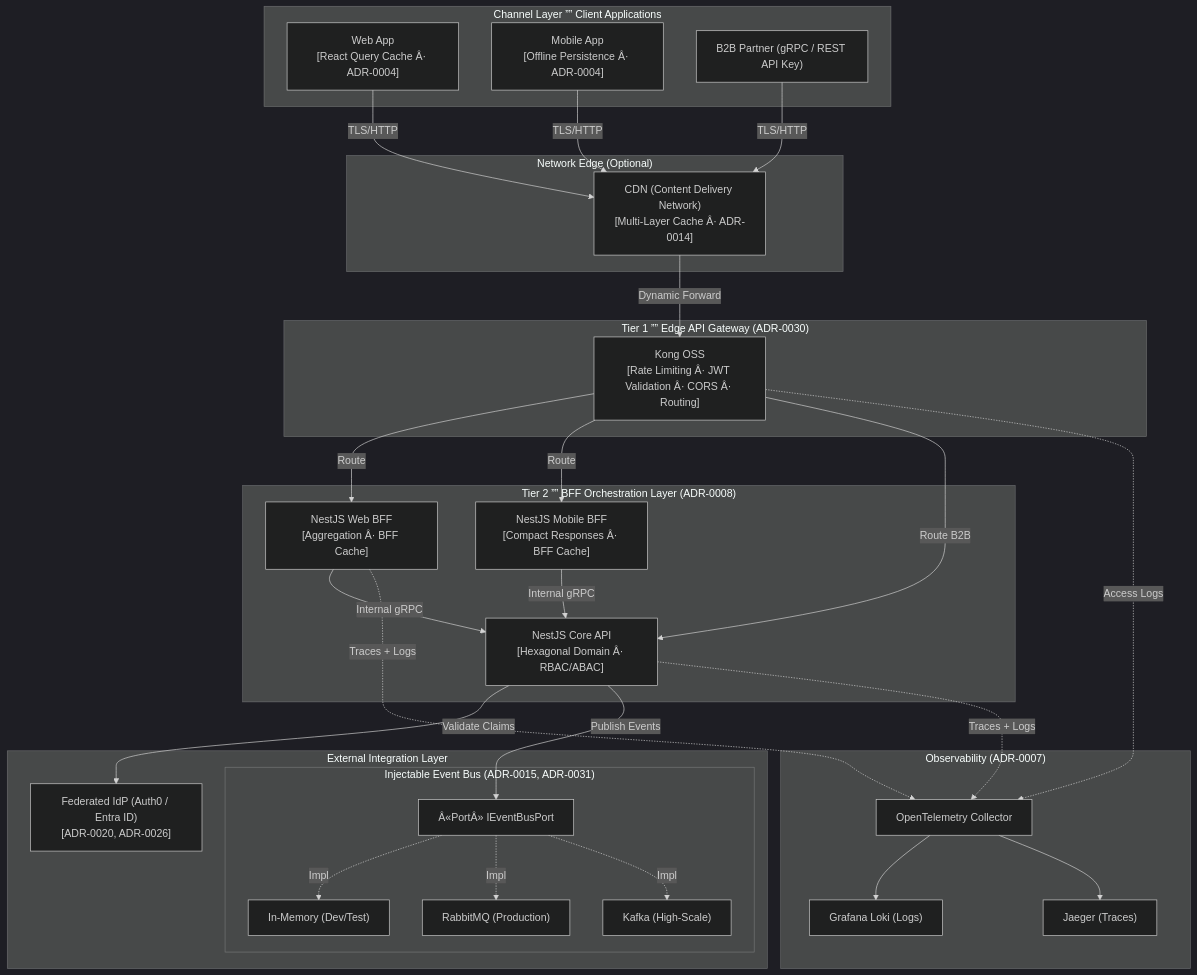
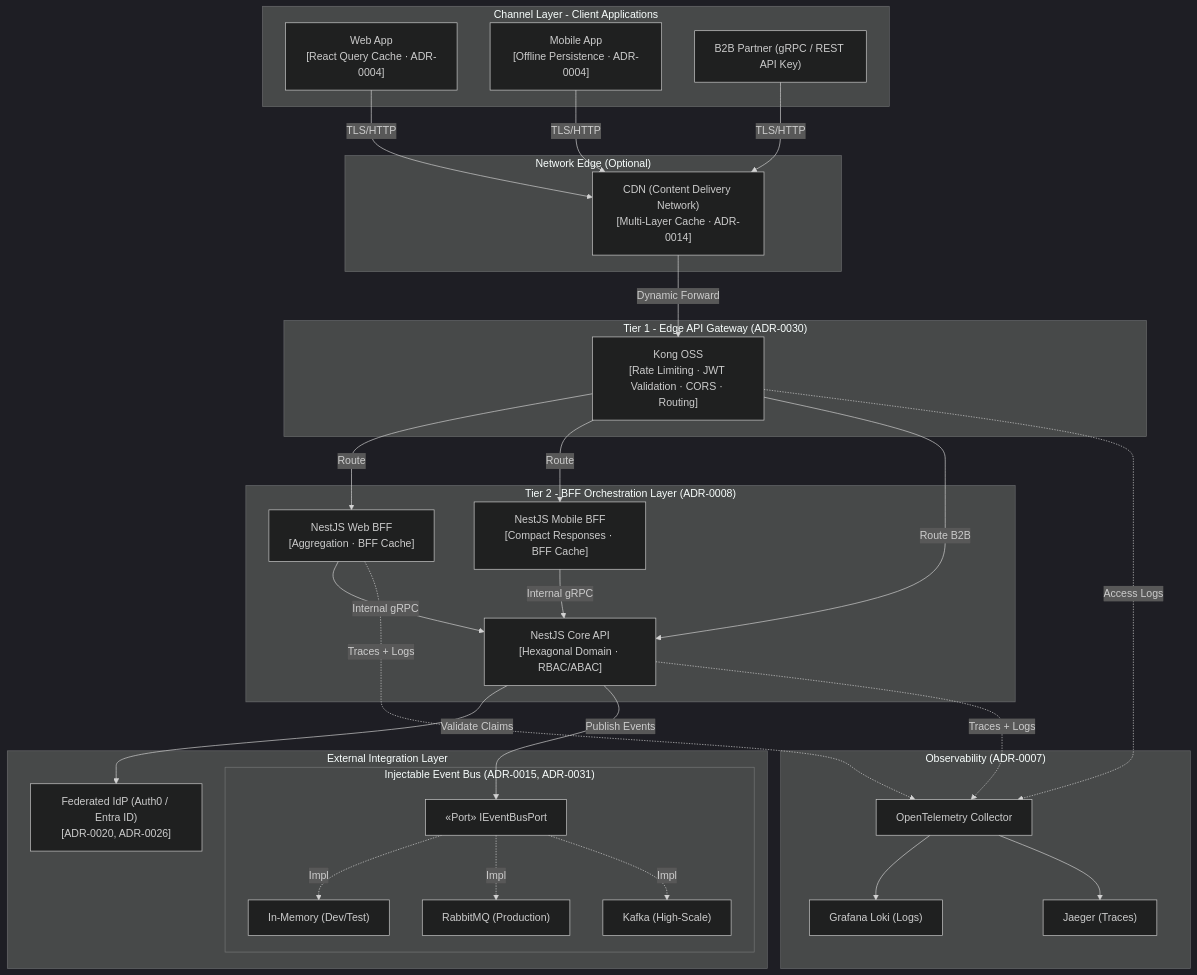
One commit to beyondnetcode/arc32_progresive_monolith changed the first of 6 diagrams in architecture/blueprints/reference-blueprint.md. Above: the diagram before and after it, drawn with Mermaid (dark theme). The commit also changed other lines of this file and 328 other files, not shown here.

Commit message:
chore: update and synchronize governance, architecture, and SDLC documentation across multiple languages

````diff
--- a/architecture/blueprints/reference-blueprint.md
+++ b/architecture/blueprints/reference-blueprint.md
@@ -76,61 +76,61 @@
 ```mermaid
 graph TD
-    subgraph Clients["Channel Layer ”” Client Applications"]
-        WebApp["Web App\n[React Query Cache Â· ADR-0004]"]
-        MobileApp["Mobile App\n[Offline Persistence Â· ADR-0004]"]
-        B2B["B2B Partner (gRPC / REST API Key)"]
-    end
+ subgraph Clients["Channel Layer - Client Applications"]
+ WebApp["Web App\n[React Query Cache · ADR-0004]"]
+ MobileApp["Mobile App\n[Offline Persistence · ADR-0004]"]
+ B2B["B2B Partner (gRPC / REST API Key)"]
+ end
 
-    subgraph NetEdge["Network Edge (Optional)"]
-        CDN["CDN (Content Delivery Network)\n[Multi-Layer Cache Â· ADR-0014]"]
-    end
+ subgraph NetEdge["Network Edge (Optional)"]
+ CDN["CDN (Content Delivery Network)\n[Multi-Layer Cache · ADR-0014]"]
+ end
 
-    subgraph Tier1["Tier 1 ”” Edge API Gateway (ADR-0030)"]
-        Kong["Kong OSS\n[Rate Limiting Â· JWT Validation Â· CORS Â· Routing]"]
-    end
+ subgraph Tier1["Tier 1 - Edge API Gateway (ADR-0030)"]
+ Kong["Kong OSS\n[Rate Limiting · JWT Validation · CORS · Routing]"]
+ end
 
-    subgraph Tier2["Tier 2 ”” BFF Orchestration Layer (ADR-0008)"]
-        WebBFF["NestJS Web BFF\n[Aggregation Â· BFF Cache]"]
-        MobileBFF["NestJS Mobile BFF\n[Compact Responses Â· BFF Cache]"]
-        CoreAPI["NestJS Core API\n[Hexagonal Domain Â· RBAC/ABAC]"]
-    end
+ subgraph Tier2["Tier 2 - BFF Orchestration Layer (ADR-0008)"]
+ WebBFF["NestJS Web BFF\n[Aggregation · BFF Cache]"]
+ MobileBFF["NestJS Mobile BFF\n[Compact Responses · BFF Cache]"]
+ CoreAPI["NestJS Core API\n[Hexagonal Domain · RBAC/ABAC]"]
+ end
 
-    subgraph ExternalIntegrations["External Integration Layer"]
-        IdP["Federated IdP (Auth0 / Entra ID)\n[ADR-0020, ADR-0026]"]
-        
-        subgraph EventBusAbstraction["Injectable Event Bus (ADR-0015, ADR-0031)"]
-            IBusPort["Â«PortÂ» IEventBusPort"]
-            InMemory["In-Memory (Dev/Test)"]
-            RabbitMQ["RabbitMQ (Production)"]
-            Kafka["Kafka (High-Scale)"]
-            IBusPort -.->|Impl| InMemory
-            IBusPort -.->|Impl| RabbitMQ
-            IBusPort -.->|Impl| Kafka
-        end
-    end
+ subgraph ExternalIntegrations["External Integration Layer"]
+ IdP["Federated IdP (Auth0 / Entra ID)\n[ADR-0020, ADR-0026]"]
+ 
+ subgraph EventBusAbstraction["Injectable Event Bus (ADR-0015, ADR-0031)"]
+ IBusPort["«Port» IEventBusPort"]
+ InMemory["In-Memory (Dev/Test)"]
+ RabbitMQ["RabbitMQ (Production)"]
+ Kafka["Kafka (High-Scale)"]
+ IBusPort -.->|Impl| InMemory
+ IBusPort -.->|Impl| RabbitMQ
+ IBusPort -.->|Impl| Kafka
+ end
+ end
 
-    subgraph ObsLayer["Observability (ADR-0007)"]
-        OTel["OpenTelemetry Collector"]
-        Loki["Grafana Loki (Logs)"]
-        Jaeger["Jaeger (Traces)"]
-        OTel --> Loki
-        OTel --> Jaeger
-    end
+ subgraph ObsLayer["Observability (ADR-0007)"]
+ OTel["OpenTelemetry Collector"]
+ Loki["Grafana Loki (Logs)"]
+ Jaeger["Jaeger (Traces)"]
+ OTel --> Loki
+ OTel --> Jaeger
+ end
 
-    WebApp & MobileApp & B2B -->|TLS/HTTP| CDN
-    CDN -->|Dynamic Forward| Kong
+ WebApp & MobileApp & B2B -->|TLS/HTTP| CDN
+ CDN -->|Dynamic Forward| Kong
 
-    Kong -->|Route| WebBFF
-    Kong -->|Route| MobileBFF
-    Kong -->|Route B2B| CoreAPI
+ Kong -->|Route| WebBFF
+ Kong -->|Route| MobileBFF
+ Kong -->|Route B2B| CoreAPI
 
-    WebBFF -->|Internal gRPC| CoreAPI
-    MobileBFF -->|Internal gRPC| CoreAPI
+ WebBFF -->|Internal gRPC| CoreAPI
+ MobileBFF -->|Internal gRPC| CoreAPI
 
-    CoreAPI -->|Validate Claims| IdP
-    CoreAPI -->|Publish Events| IBusPort
+ CoreAPI -->|Validate Claims| IdP
+ CoreAPI -->|Publish Events| IBusPort
 
-    CoreAPI -.->|Traces + Logs| OTel
-    WebBFF -.->|Traces + Logs| OTel
-    Kong -.->|Access Logs| OTel
+ CoreAPI -.->|Traces + Logs| OTel
+ WebBFF -.->|Traces + Logs| OTel
+ Kong -.->|Access Logs| OTel
 ```
````
